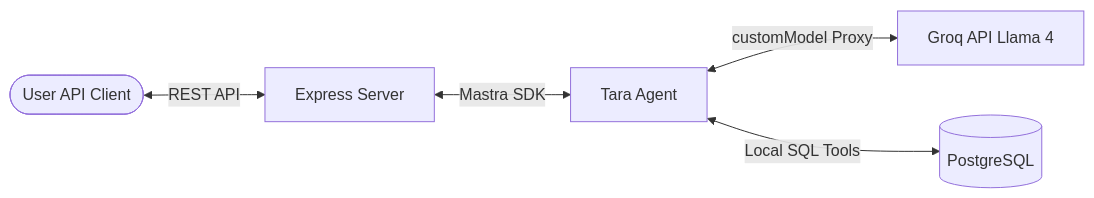
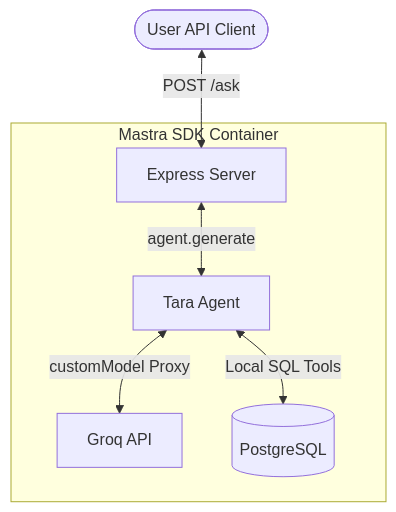
One commit to styris12/tara-finance-agent changed the diagram in README.md. Above: the diagram before and after it, drawn with Mermaid. The commit also changed other lines of this file and 1 other file, not shown here.

Commit message:
docs: improve flowcharts, system requirements, observability, and deployment tradeoffs

````diff
--- a/README.md
+++ b/README.md
@@ -5,7 +5,9 @@
 ```mermaid
-flowchart LR
-    Client([User API Client]) <-->|REST API| Express[Express Server]
-    Express <-->|Mastra SDK| Tara[Tara Agent]
-    Tara <-->|customModel Proxy| Groq[Groq API Llama 4]
-    Tara <-->|Local SQL Tools| Postgres[(PostgreSQL)]
+flowchart TD
+    Client([User API Client]) <-->|POST /ask| Server[Express Server]
+    subgraph Mastra SDK Container
+        Server <-->|agent.generate| Tara[Tara Agent]
+        Tara <-->|customModel Proxy| Groq[Groq API]
+        Tara <-->|Local SQL Tools| Postgres[(PostgreSQL)]
+    end
 ```
````
